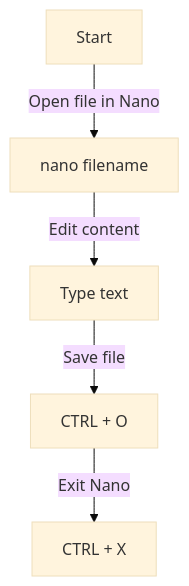
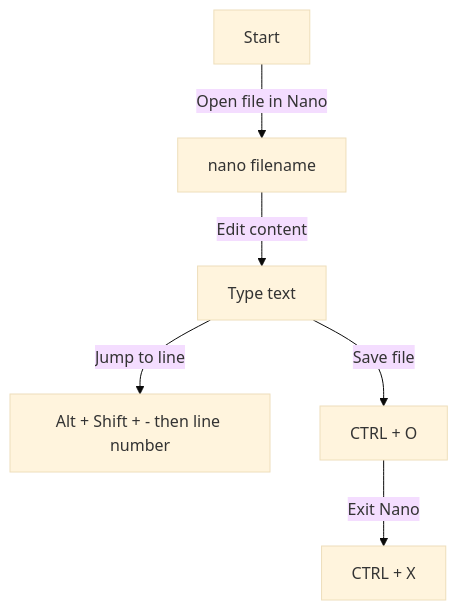
The third of 4 diagrams in README.md (danielcregg/ats-labs), drawn with Mermaid (base theme) before and after one commit. The commit also changed other lines of this file, not shown here.

````diff
--- a/README.md
+++ b/README.md
@@ -120,7 +187,8 @@
 ```mermaid
 graph TD;
     A[Start] -->|Open file in Nano| B[nano filename];
     B -->|Edit content| C[Type text];
+    C -->|Jump to line| C2[Alt + Shift + - then line number];
     C -->|Save file| D[CTRL + O];
     D -->|Exit Nano| E[CTRL + X];
 ```
````
